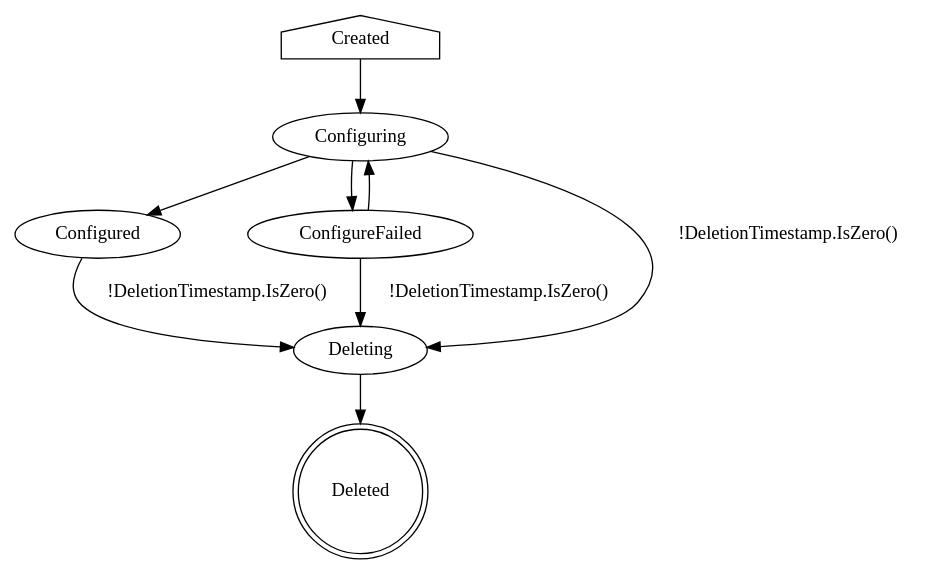
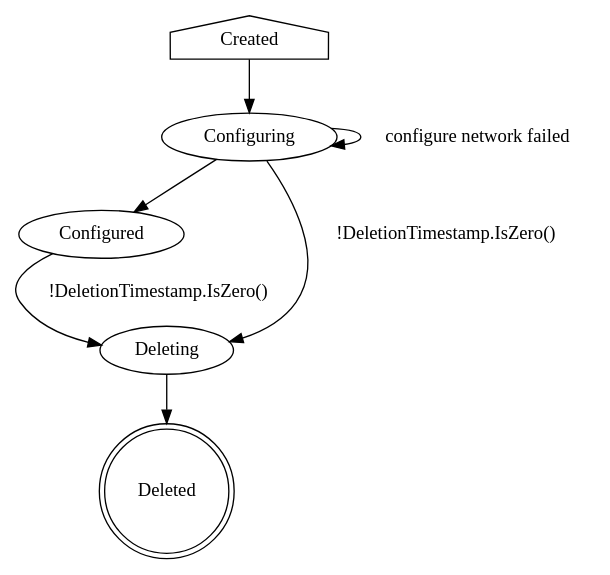
One commit to zhouhao3/networkconfiguration-operator changed the diagram in docs/networkbinding_state.dot. Above: the diagram before and after it, drawn with Graphviz. The commit also changed 4 other files, not shown here.

Commit message:
Remove configure failed state

```diff
--- a/docs/networkbinding_state.dot
+++ b/docs/networkbinding_state.dot
@@ -1,16 +1,13 @@
 digraph NetworkBinding {
     Created [shape=house]
     Created -> Configuring
 
     Configuring -> Configured
-    Configuring -> ConfigureFailed
+    Configuring -> Configuring [label="configure network failed"]
     Configuring -> Deleting [label="!DeletionTimestamp.IsZero()"]
-
-    ConfigureFailed -> Configuring
-    ConfigureFailed -> Deleting [label="!DeletionTimestamp.IsZero()"]
 
     Configured -> Deleting [label="!DeletionTimestamp.IsZero()"]
     Deleting -> Deleted
 
     Deleted [shape=doublecircle]
 }
```
